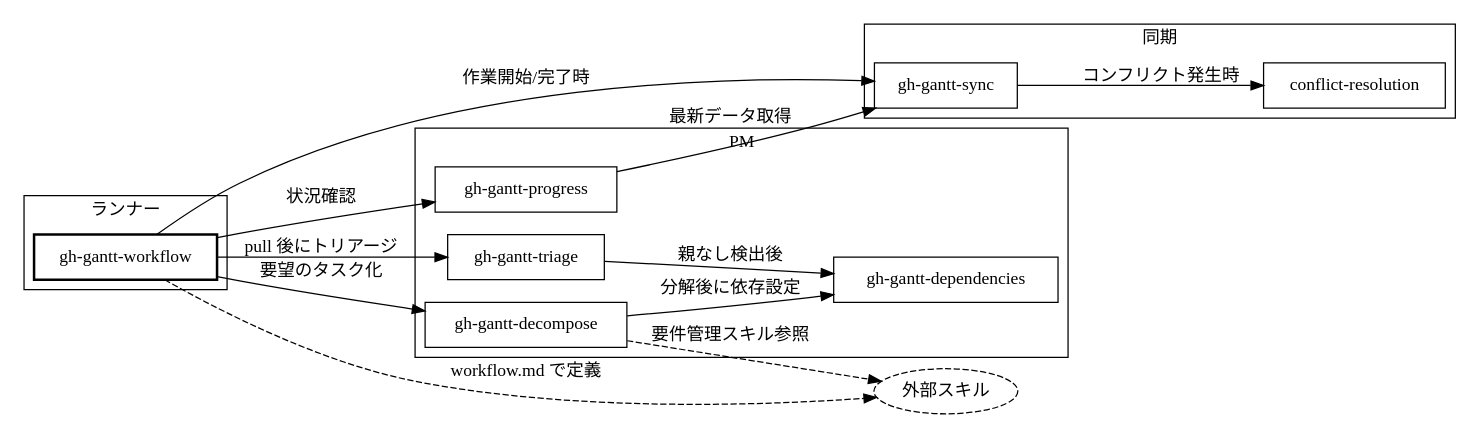
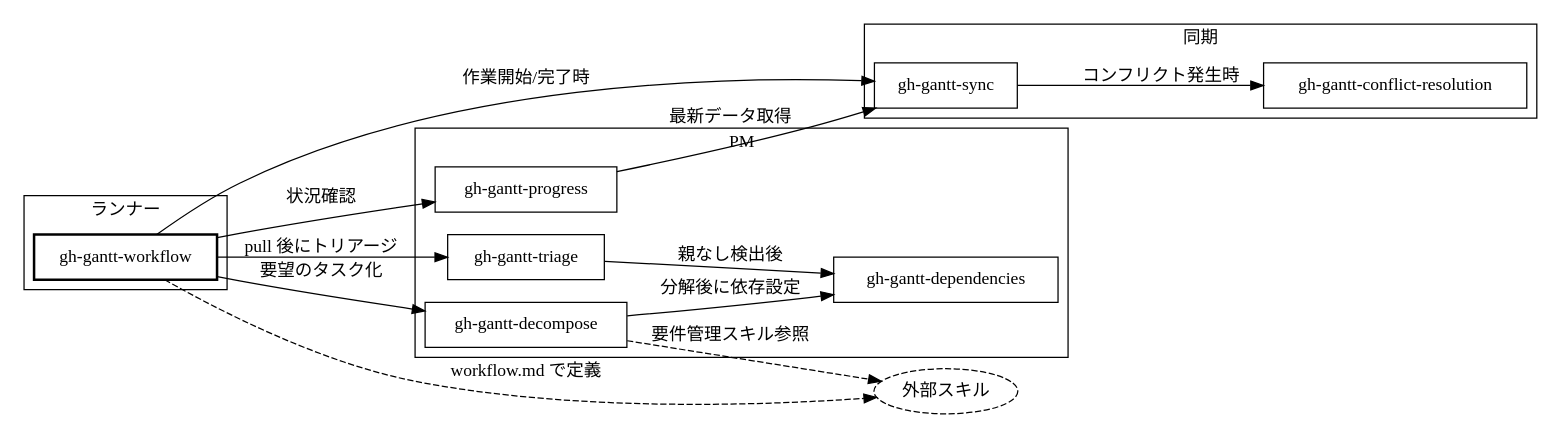
One commit to stanah/gh-gantt changed the diagram in docs/superpowers/specs/2026-03-22-gh-gantt-skills-redesign.md. Above: the diagram before and after it, drawn with Graphviz. The commit also changed other lines of this file and 5 other files, not shown here.

````diff
--- a/docs/superpowers/specs/2026-03-22-gh-gantt-skills-redesign.md
+++ b/docs/superpowers/specs/2026-03-22-gh-gantt-skills-redesign.md
@@ -73,36 +73,36 @@
 ```dot
 digraph skills {
   rankdir=LR;
 
   subgraph cluster_runner {
     label="ランナー";
     "gh-gantt-workflow" [shape=box, style=bold];
   }
 
   subgraph cluster_sync {
     label="同期";
     "gh-gantt-sync" [shape=box];
-    "conflict-resolution" [shape=box];
+    "gh-gantt-conflict-resolution" [shape=box];
   }
 
   subgraph cluster_pm {
     label="PM";
     "gh-gantt-decompose" [shape=box];
     "gh-gantt-triage" [shape=box];
     "gh-gantt-dependencies" [shape=box];
     "gh-gantt-progress" [shape=box];
   }
 
   "gh-gantt-workflow" -> "gh-gantt-sync" [label="作業開始/完了時"];
   "gh-gantt-workflow" -> "gh-gantt-decompose" [label="要望のタスク化"];
   "gh-gantt-workflow" -> "gh-gantt-progress" [label="状況確認"];
   "gh-gantt-workflow" -> "gh-gantt-triage" [label="pull 後にトリアージ"];
-  "gh-gantt-sync" -> "conflict-resolution" [label="コンフリクト発生時"];
+  "gh-gantt-sync" -> "gh-gantt-conflict-resolution" [label="コンフリクト発生時"];
   "gh-gantt-decompose" -> "gh-gantt-dependencies" [label="分解後に依存設定"];
   "gh-gantt-triage" -> "gh-gantt-dependencies" [label="親なし検出後"];
   "gh-gantt-progress" -> "gh-gantt-sync" [label="最新データ取得"];
   "外部スキル" [shape=ellipse, style=dashed];
   "gh-gantt-workflow" -> "外部スキル" [label="workflow.md で定義", style=dashed];
   "gh-gantt-decompose" -> "外部スキル" [label="要件管理スキル参照", style=dashed];
 }
 ```
````
